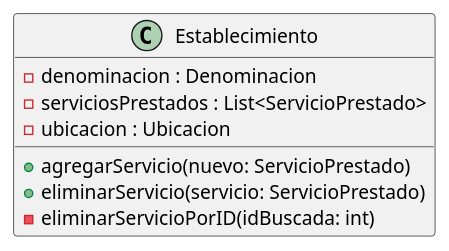
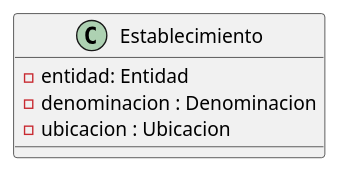
Before and after one commit to mbertogliati/dds-tpa: the diagram in DC/E3/domain/entidades/Establecimiento.puml, drawn with PlantUML. The commit also changed 51 other files, not shown here.

```diff
--- a/DC/E3/domain/entidades/Establecimiento.puml
+++ b/DC/E3/domain/entidades/Establecimiento.puml
@@ -1,14 +1,10 @@
 @startuml
 'https://plantuml.com/class-diagram
 
 class Establecimiento{
+    - entidad: Entidad
     - denominacion : Denominacion
-    - serviciosPrestados : List<ServicioPrestado>
     - ubicacion : Ubicacion
-
-    + agregarServicio(nuevo: ServicioPrestado)
-    + eliminarServicio(servicio: ServicioPrestado)
-    - eliminarServicioPorID(idBuscada: int)
 }
 
 @enduml
```
